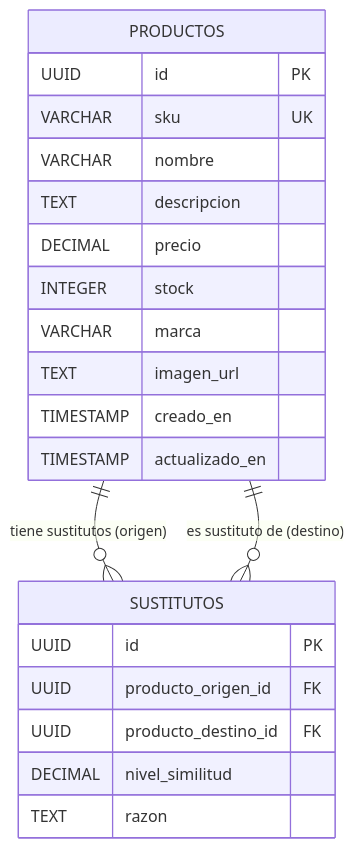
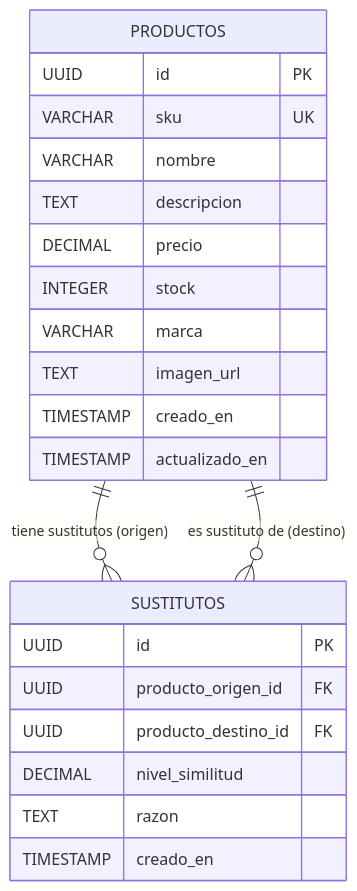
Before and after one commit to Samsr2001/buscador-ferreteria: the sixth of 6 diagrams in diagramas_UML.md, drawn with Mermaid.

Commit message:
docs: igualar exactitud de columnas de Supabase en diagrama ER

````diff
--- a/diagramas_UML.md
+++ b/diagramas_UML.md
@@ -213,26 +213,27 @@
 ```mermaid
 erDiagram
     PRODUCTOS {
         UUID id PK
         VARCHAR sku UK
         VARCHAR nombre
         TEXT descripcion
         DECIMAL precio
         INTEGER stock
         VARCHAR marca
         TEXT imagen_url
         TIMESTAMP creado_en
         TIMESTAMP actualizado_en
     }
 
     SUSTITUTOS {
         UUID id PK
         UUID producto_origen_id FK
         UUID producto_destino_id FK
         DECIMAL nivel_similitud
         TEXT razon
+        TIMESTAMP creado_en
     }
 
     PRODUCTOS ||--o{ SUSTITUTOS : "tiene sustitutos (origen)"
     PRODUCTOS ||--o{ SUSTITUTOS : "es sustituto de (destino)"
 ```
````
